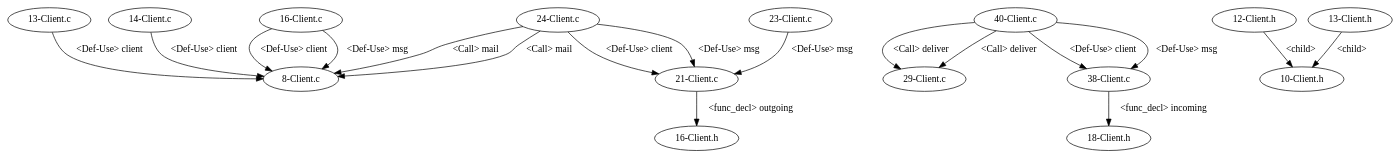
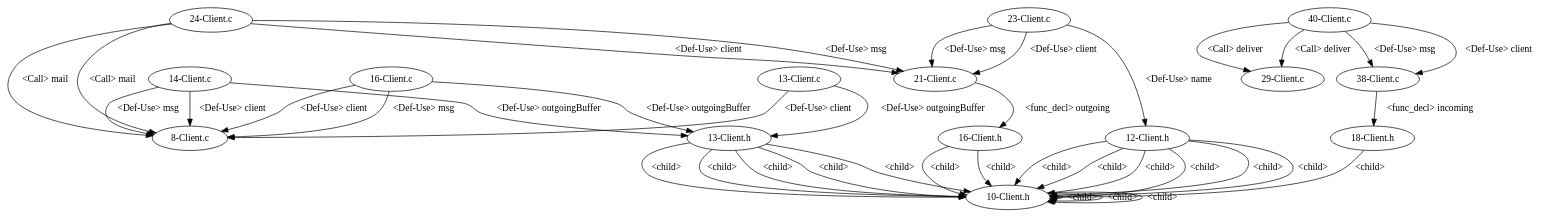
One commit to shuiblue/JDimeForCpp changed the diagram in testcpp/dependencyGraph/EmailSystem/test_12/graph.gv. Above: the diagram before and after it, drawn with Graphviz. The commit also changed 11 other files, not shown here.

Commit message:
modify graph node to statement level, add parentLocation for functions, need test

```diff
--- a/testcpp/dependencyGraph/EmailSystem/test_12/graph.gv
+++ b/testcpp/dependencyGraph/EmailSystem/test_12/graph.gv
@@ -1,34 +1,55 @@
 digraph {
 22 [label = "8-Client.c"];
 23 [label = "13-Client.c"];
 23 -> 22[label="<Def-Use> client"];
 24 [label = "14-Client.c"];
 24 -> 22[label="<Def-Use> client"];
+24 -> 22[label="<Def-Use> msg"];
 25 [label = "16-Client.c"];
 25 -> 22[label="<Def-Use> client"];
 25 -> 22[label="<Def-Use> msg"];
 26 [label = "21-Client.c"];
 27 [label = "23-Client.c"];
 27 -> 26[label="<Def-Use> msg"];
+27 -> 26[label="<Def-Use> client"];
 28 [label = "24-Client.c"];
 28 -> 22[label="<Call> mail"];
 28 -> 26[label="<Def-Use> client"];
 28 -> 26[label="<Def-Use> msg"];
 29 [label = "29-Client.c"];
 30 [label = "38-Client.c"];
 31 [label = "40-Client.c"];
 31 -> 29[label="<Call> deliver"];
 31 -> 30[label="<Def-Use> client"];
 31 -> 30[label="<Def-Use> msg"];
 32 [label = "10-Client.h"];
 33 [label = "12-Client.h"];
+33 -> 32[label="<child>"];
 34 [label = "13-Client.h"];
+34 -> 32[label="<child>"];
 33 -> 32[label="<child>"];
 34 -> 32[label="<child>"];
+33 -> 32[label="<child>"];
+34 -> 32[label="<child>"];
+32 -> 32[label="<child>"];
+33 -> 32[label="<child>"];
 35 [label = "16-Client.h"];
+34 -> 32[label="<child>"];
+35 -> 32[label="<child>"];
+32 -> 32[label="<child>"];
+33 -> 32[label="<child>"];
 36 [label = "18-Client.h"];
+34 -> 32[label="<child>"];
+35 -> 32[label="<child>"];
+36 -> 32[label="<child>"];
+32 -> 32[label="<child>"];
+33 -> 32[label="<child>"];
+31 -> 29[label="<Call> deliver"];
+27 -> 33[label="<Def-Use> name"];
+23 -> 34[label="<Def-Use> outgoingBuffer"];
+25 -> 34[label="<Def-Use> outgoingBuffer"];
 28 -> 22[label="<Call> mail"];
-31 -> 29[label="<Call> deliver"];
+24 -> 34[label="<Def-Use> outgoingBuffer"];
 30 -> 36[label="<func_decl> incoming"];
 26 -> 35[label="<func_decl> outgoing"];
 }
```
